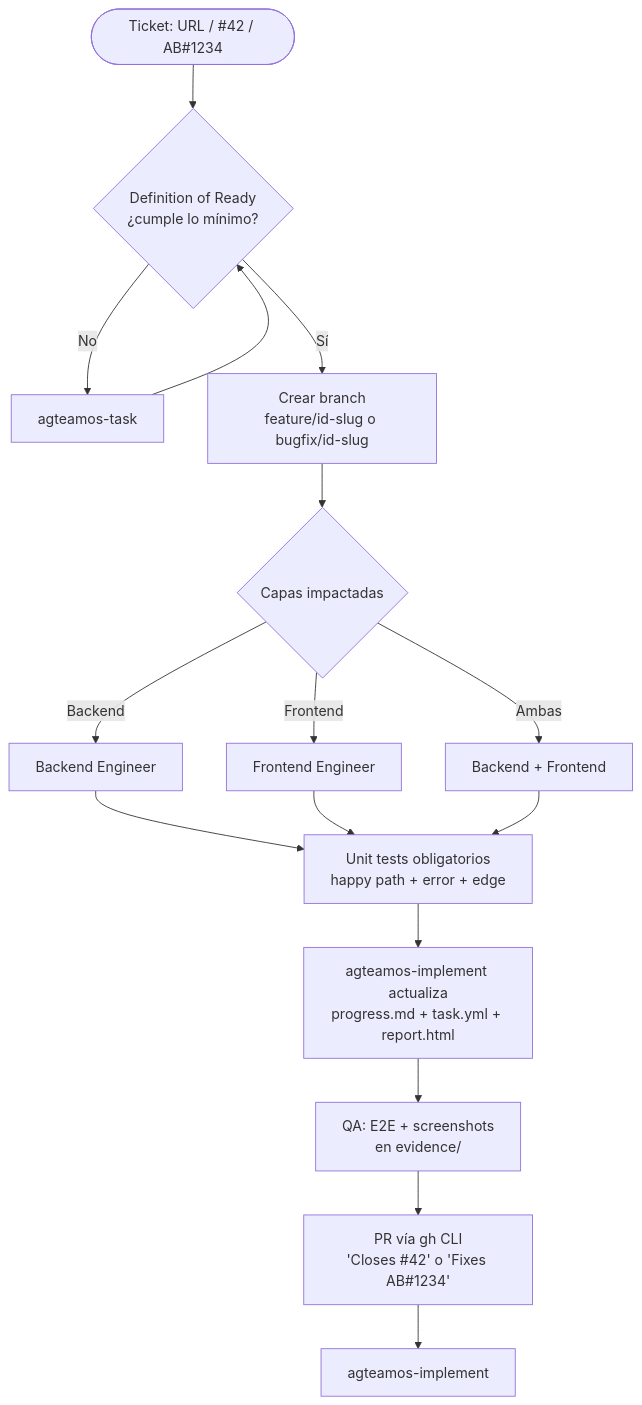
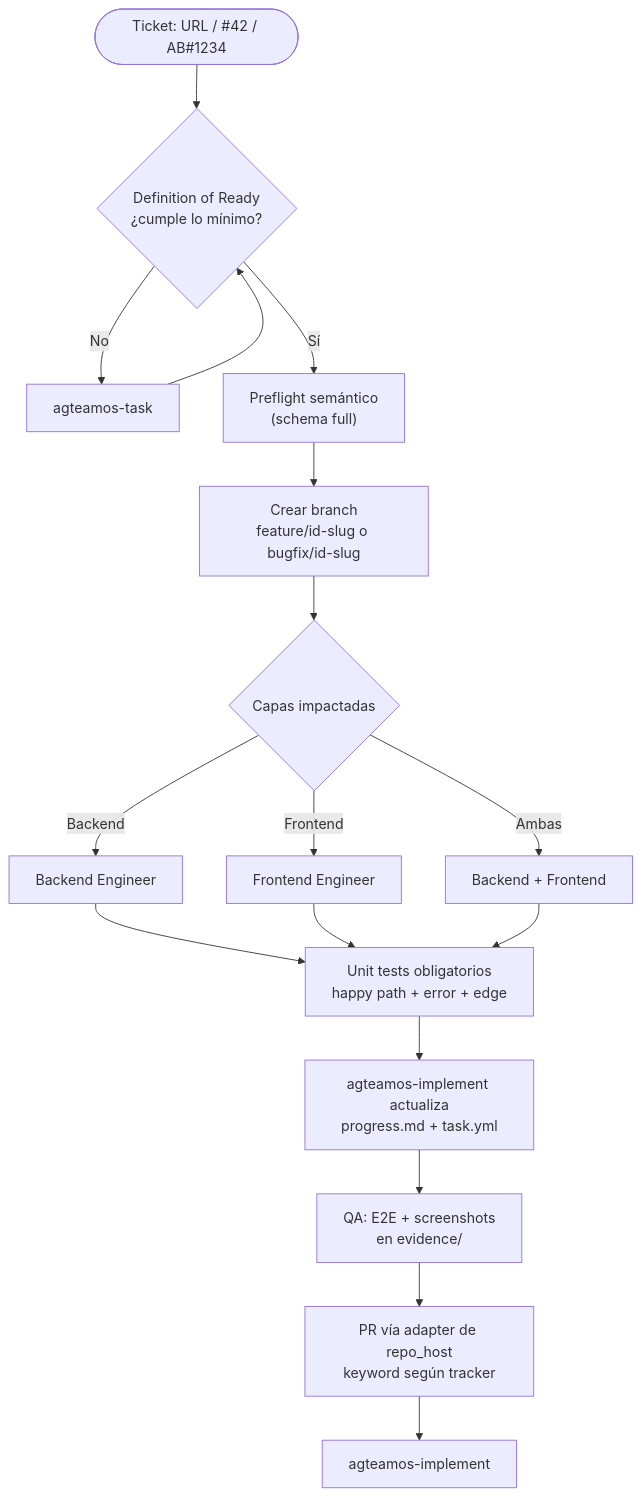
The second of 2 diagrams in agteamos/docs/guias/crear-y-cerrar-una-tarea.md (EJBereguete/claude-plugins), drawn with Mermaid before and after one commit. The commit also changed other lines of this file and 135 other files, not shown here.

````diff
--- a/agteamos/docs/guias/crear-y-cerrar-una-tarea.md
+++ b/agteamos/docs/guias/crear-y-cerrar-una-tarea.md
@@ -43,16 +69,17 @@
 ```mermaid
 flowchart TD
     START(["Ticket: URL / #42 / AB#1234"]) --> DOR{"Definition of Ready\n¿cumple lo mínimo?"}
     DOR -->|No| CLARIFY[agteamos-task]
     CLARIFY --> DOR
-    DOR -->|Sí| BRANCH["Crear branch\nfeature/id-slug o bugfix/id-slug"]
+    DOR -->|Sí| PRE["Preflight semántico\n(schema full)"]
+    PRE --> BRANCH["Crear branch\nfeature/id-slug o bugfix/id-slug"]
     BRANCH --> LAYERS{Capas impactadas}
     LAYERS -->|Backend| BE[Backend Engineer]
     LAYERS -->|Frontend| FE[Frontend Engineer]
     LAYERS -->|Ambas| BOTH[Backend + Frontend]
     BE & FE & BOTH --> TESTS["Unit tests obligatorios\nhappy path + error + edge"]
-    TESTS --> TRACK["agteamos-implement actualiza\nprogress.md + task.yml + report.html"]
+    TESTS --> TRACK["agteamos-implement actualiza\nprogress.md + task.yml"]
     TRACK --> E2E["QA: E2E + screenshots\nen evidence/"]
-    E2E --> PR["PR vía gh CLI\n'Closes #42' o 'Fixes AB#1234'"]
+    E2E --> PR["PR vía adapter de repo_host\nkeyword según tracker"]
     PR --> CLOSE[agteamos-implement]
 ```
````
